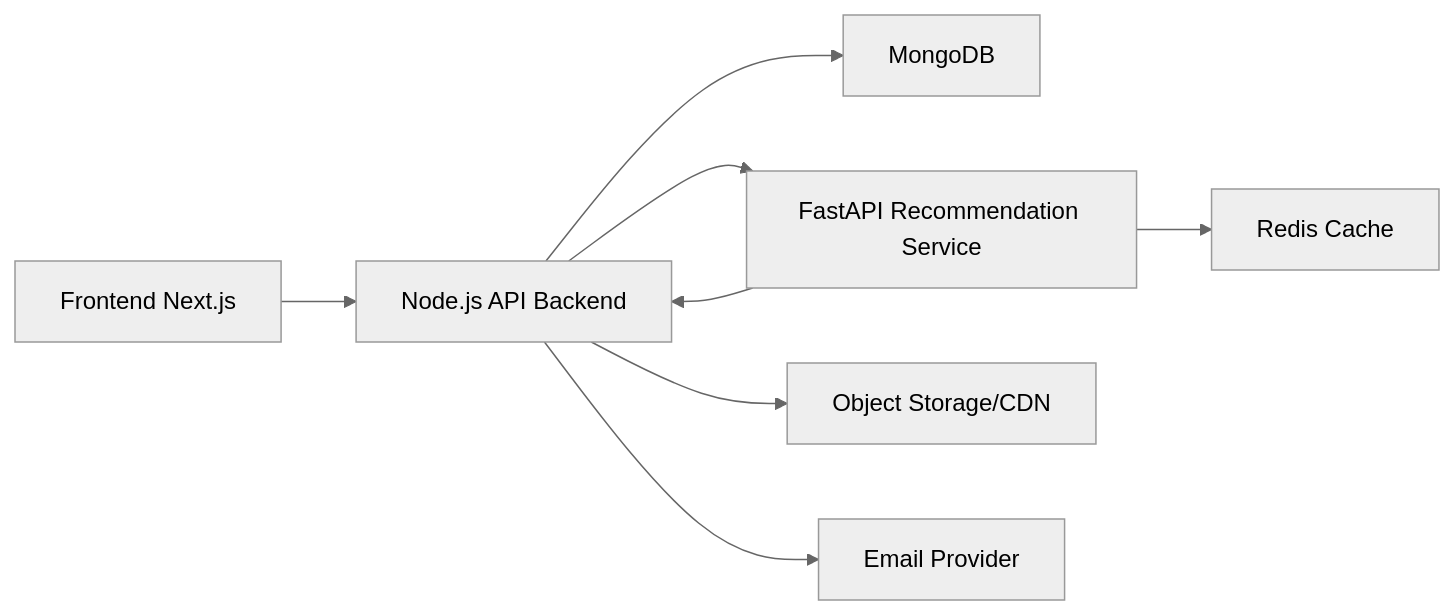
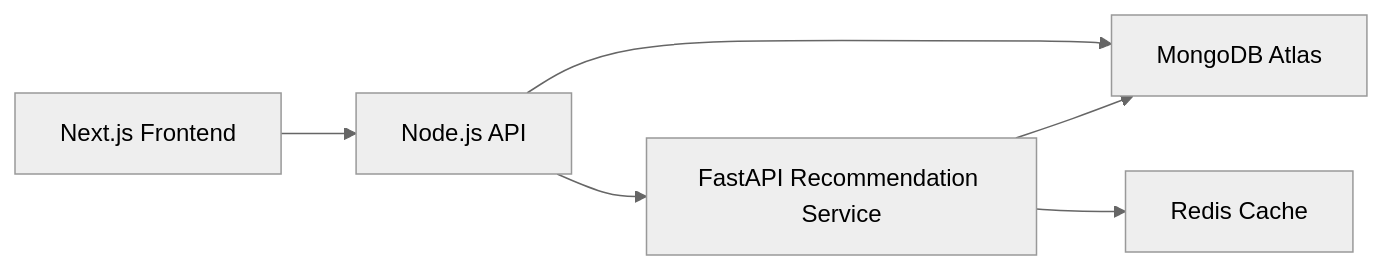
Before and after one commit to LeGiaNam/Developing-an-Intelligent-Movie-Recommendation-System-: the first of 2 diagrams in BE/docs/architecture.md, drawn with Mermaid (neutral theme). The commit also changed other lines of this file and 53 other files, not shown here.

````diff
--- a/BE/docs/architecture.md
+++ b/BE/docs/architecture.md
@@ -15,10 +16,8 @@
 ```mermaid
 flowchart LR
-    FE["Frontend Next.js"] --> API["Node.js API Backend"]
-    API --> DB["MongoDB"]
+    FE["Next.js Frontend"] --> API["Node.js API"]
+    API --> DB["MongoDB Atlas"]
     API --> RS["FastAPI Recommendation Service"]
+    RS --> DB
     RS --> REDIS["Redis Cache"]
-    RS --> API
-    API --> STORAGE["Object Storage/CDN"]
-    API --> MAIL["Email Provider"]
 ```
````
